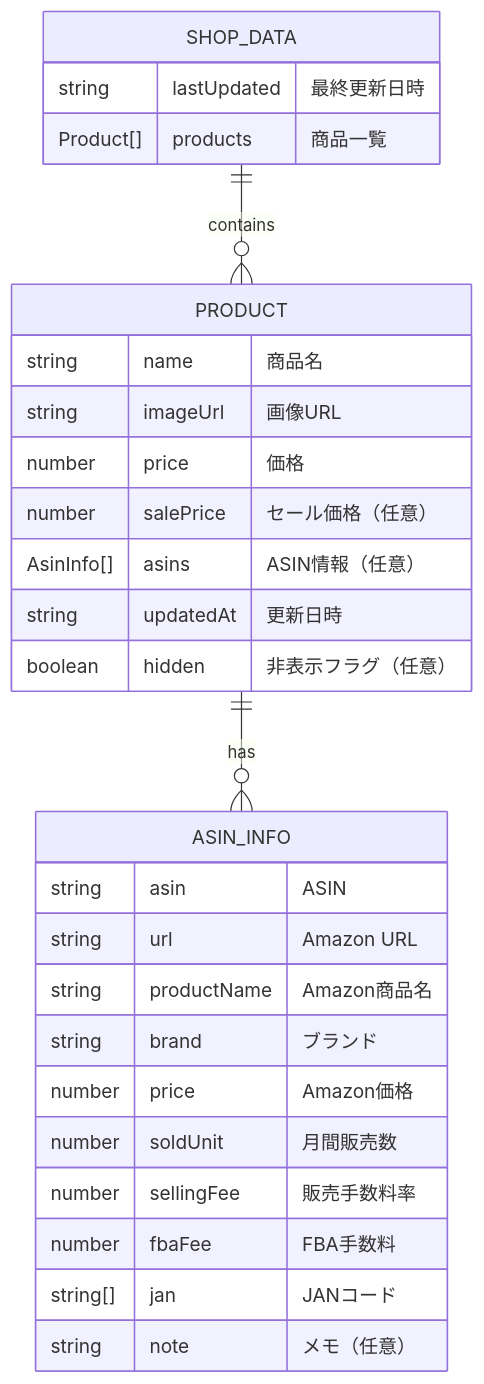
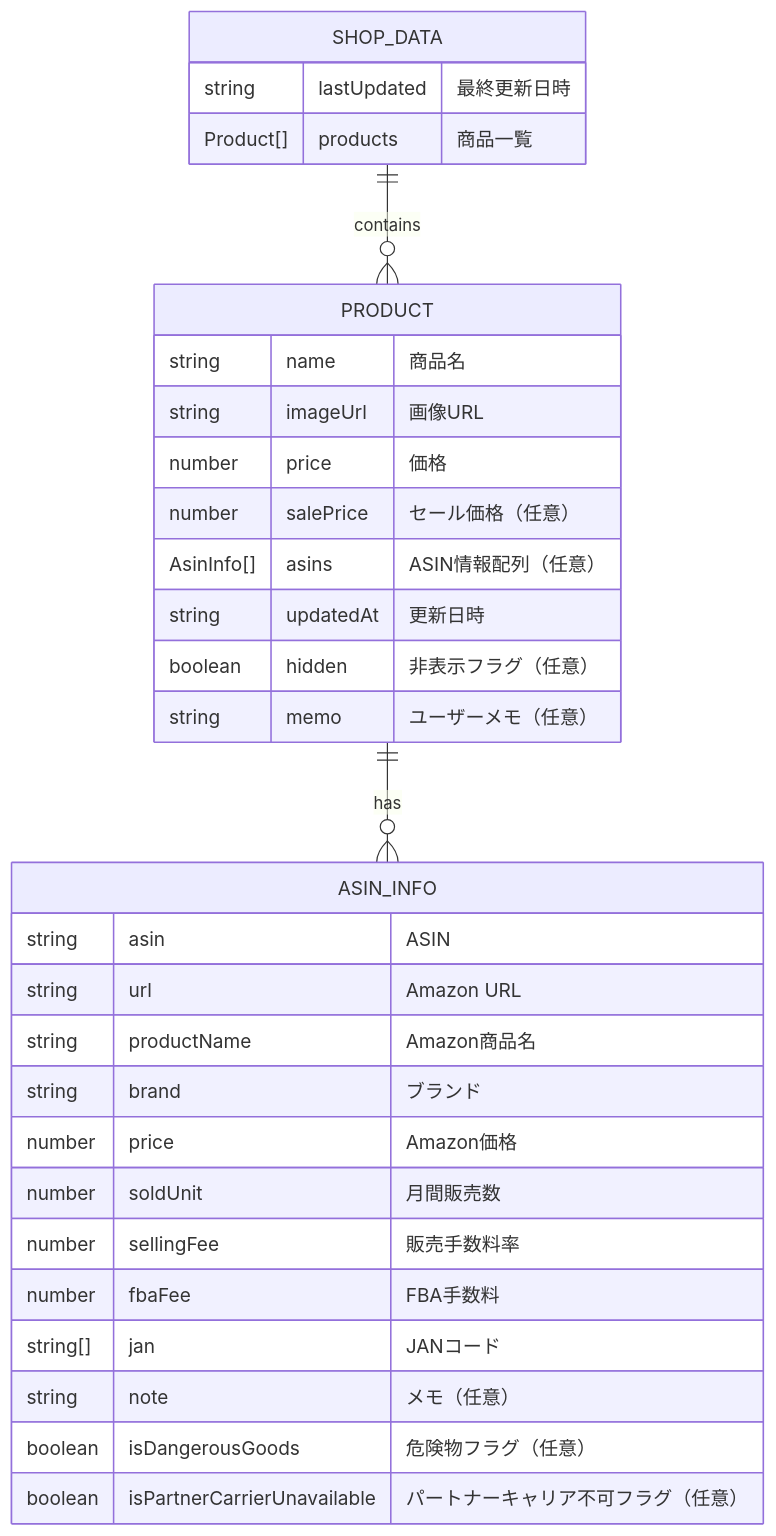
One commit to takuya040321/sedori-app changed the diagram in docs/database-design.md. Above: the diagram before and after it, drawn with Mermaid. The commit also changed other lines of this file and 3 other files, not shown here.

````diff
--- a/docs/database-design.md
+++ b/docs/database-design.md
@@ -31,33 +31,36 @@
 ```mermaid
 erDiagram
     SHOP_DATA {
         string lastUpdated "最終更新日時"
         Product[] products "商品一覧"
     }
     
     PRODUCT {
         string name "商品名"
         string imageUrl "画像URL"
         number price "価格"
         number salePrice "セール価格（任意）"
-        AsinInfo[] asins "ASIN情報（任意）"
+        AsinInfo[] asins "ASIN情報配列（任意）"
         string updatedAt "更新日時"
         boolean hidden "非表示フラグ（任意）"
+        string memo "ユーザーメモ（任意）"
     }
     
     ASIN_INFO {
         string asin "ASIN"
         string url "Amazon URL"
         string productName "Amazon商品名"
         string brand "ブランド"
         number price "Amazon価格"
         number soldUnit "月間販売数"
         number sellingFee "販売手数料率"
         number fbaFee "FBA手数料"
         string[] jan "JANコード"
         string note "メモ（任意）"
+        boolean isDangerousGoods "危険物フラグ（任意）"
+        boolean isPartnerCarrierUnavailable "パートナーキャリア不可フラグ（任意）"
     }
     
     SHOP_DATA ||--o{ PRODUCT : contains
     PRODUCT ||--o{ ASIN_INFO : has
 ```
````
